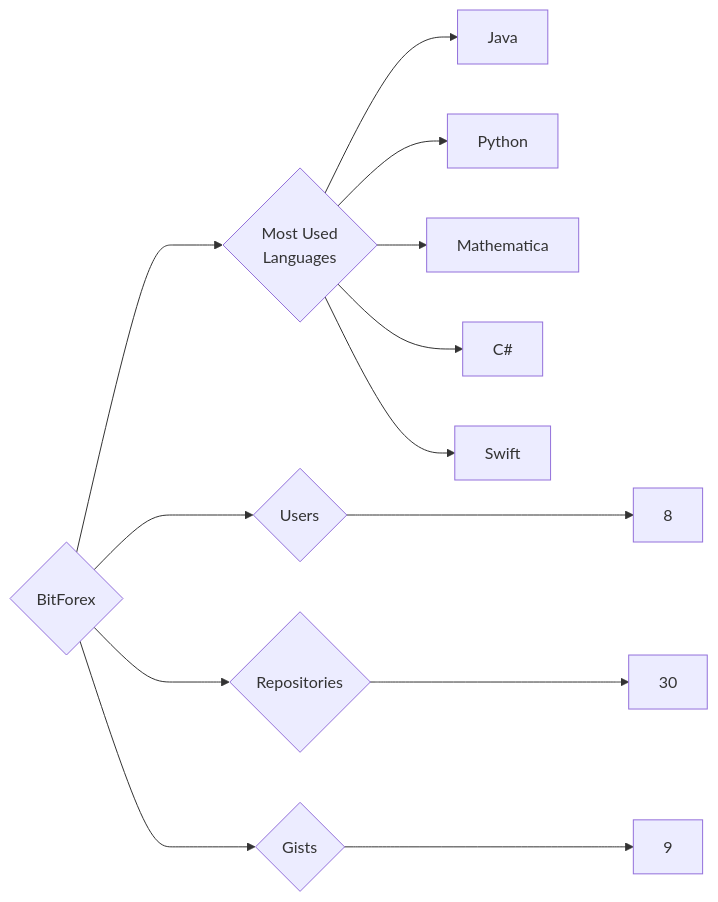
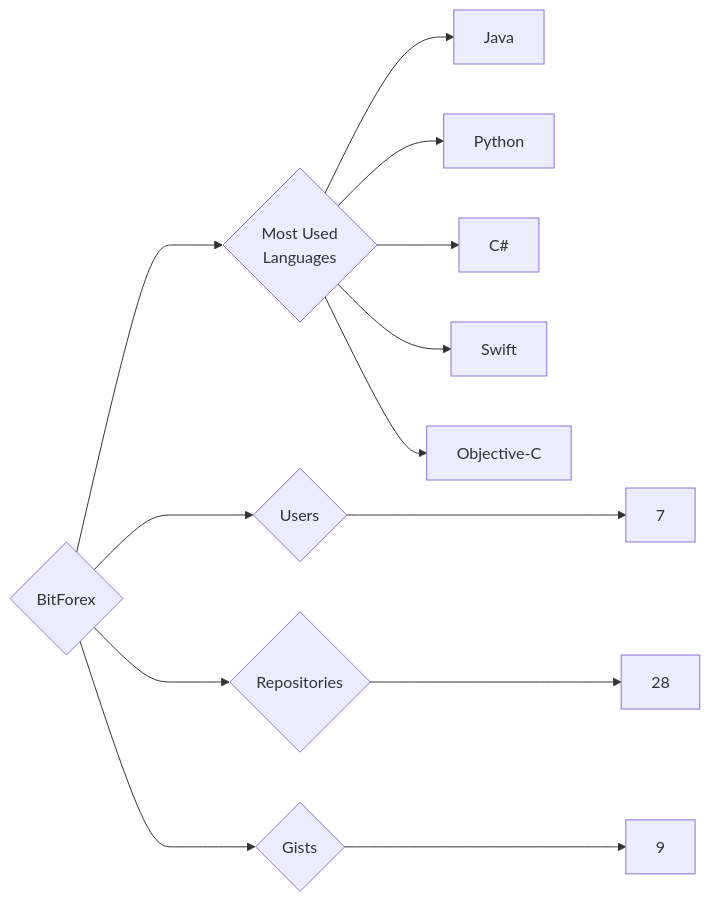
Before and after one commit to trickest/insiders: the diagram in targets/BitForex/README.md, drawn with Mermaid. The commit also changed 1170 other files, not shown here.

````diff
--- a/targets/BitForex/README.md
+++ b/targets/BitForex/README.md
@@ -3,13 +3,13 @@
 ```mermaid
 graph LR
 COMPANY_NAME{BitForex}
-COMPANY_NAME ---> U{Users} ---> UN[8]
-COMPANY_NAME ---> R{Repositories} ---> RN[30]
+COMPANY_NAME ---> U{Users} ---> UN[7]
+COMPANY_NAME ---> R{Repositories} ---> RN[28]
 COMPANY_NAME ---> G{Gists} ---> GN[9]
 COMPANY_NAME ---> ML{Most Used<br>Languages}
 ML --> Java[Java]
 ML --> Python[Python]
-ML --> Mathematica[Mathematica]
 ML --> C#[C#]
 ML --> Swift[Swift]
+ML --> Objective-C[Objective-C]
 ```
````
